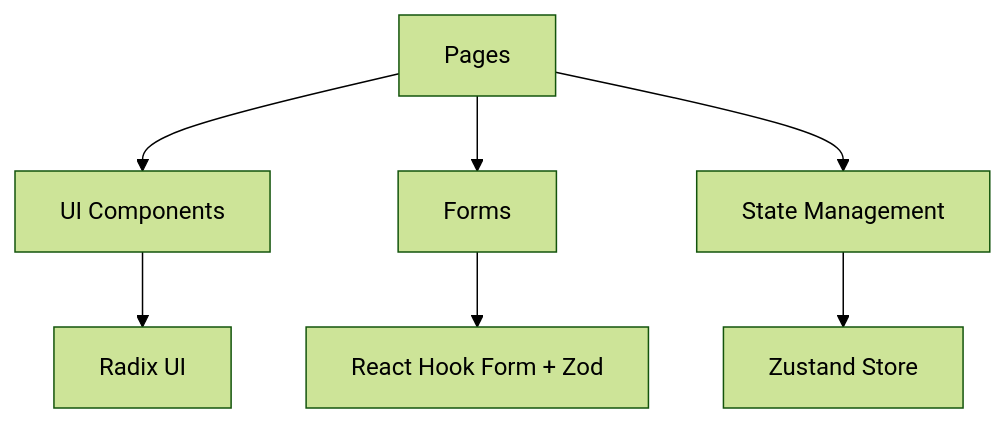
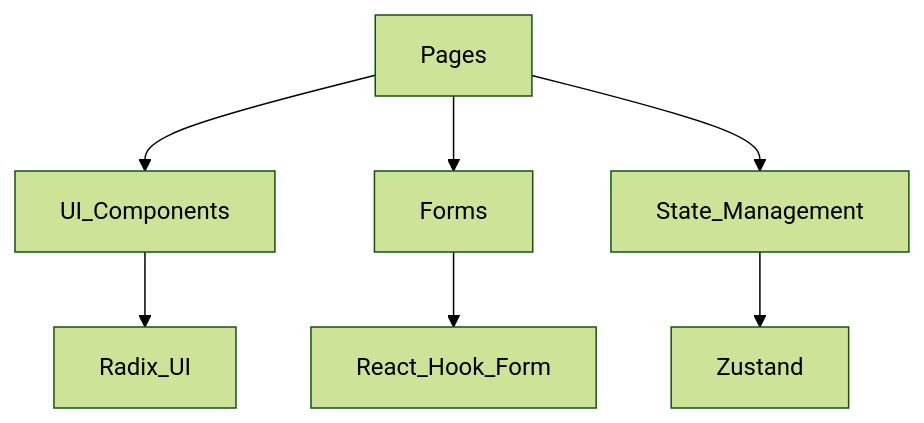
The second of 5 diagrams in frontend/README.md (aharoJ/barbershop), drawn with Mermaid (forest theme) before and after one commit. The commit also changed other lines of this file and 2 other files, not shown here.

````diff
--- a/frontend/README.md
+++ b/frontend/README.md
@@ -59,9 +80,9 @@
 ```mermaid
 graph TD
-  A[Pages] --> B[UI Components]
-  A --> C[Forms]
-  A --> D[State Management]
-  B --> E[Radix UI]
-  C --> F[React Hook Form + Zod]
-  D --> G[Zustand Store]
+  Pages --> UI_Components
+  Pages --> Forms
+  Pages --> State_Management
+  UI_Components --> Radix_UI
+  Forms --> React_Hook_Form
+  State_Management --> Zustand
 ```
````
